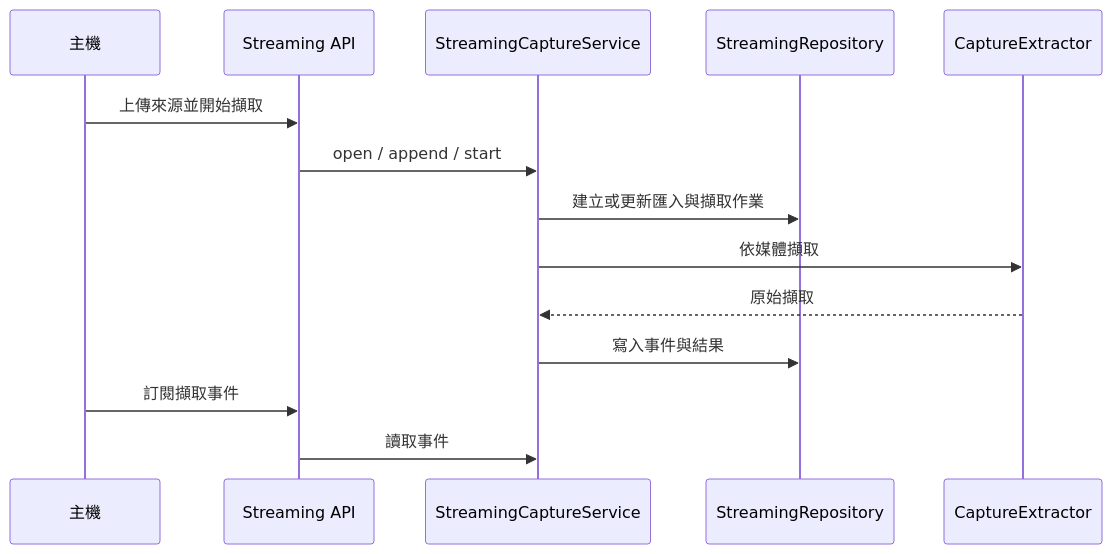
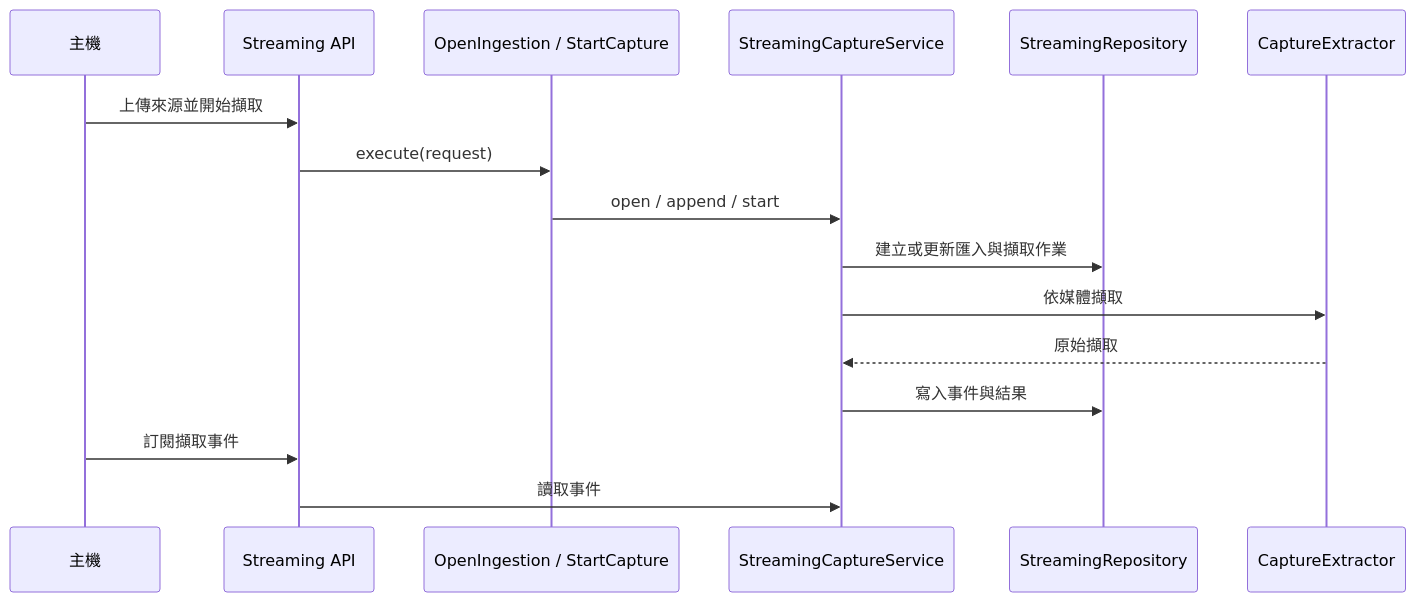
Before and after one commit to gx-capture/capture-workbench: the second of 2 diagrams in docs/domain/capture.md, drawn with Mermaid. The commit also changed other lines of this file and 13 other files, not shown here.

Commit message:
refactor(runtime): establish capture domain, use cases, and ingestion/operation aggregates (W6)

````diff
--- a/docs/domain/capture.md
+++ b/docs/domain/capture.md
@@ -24,16 +78,18 @@
 ```mermaid
 sequenceDiagram
   participant Host as 主機
   participant API as Streaming API
+  participant UseCase as OpenIngestion / StartCapture
   participant Service as StreamingCaptureService
   participant Repo as StreamingRepository
   participant Extractor as CaptureExtractor
   Host->>API: 上傳來源並開始擷取
-  API->>Service: open / append / start
+  API->>UseCase: execute(request)
+  UseCase->>Service: open / append / start
   Service->>Repo: 建立或更新匯入與擷取作業
   Service->>Extractor: 依媒體擷取
   Extractor-->>Service: 原始擷取
   Service->>Repo: 寫入事件與結果
   Host->>API: 訂閱擷取事件
   API->>Service: 讀取事件
 ```
````
